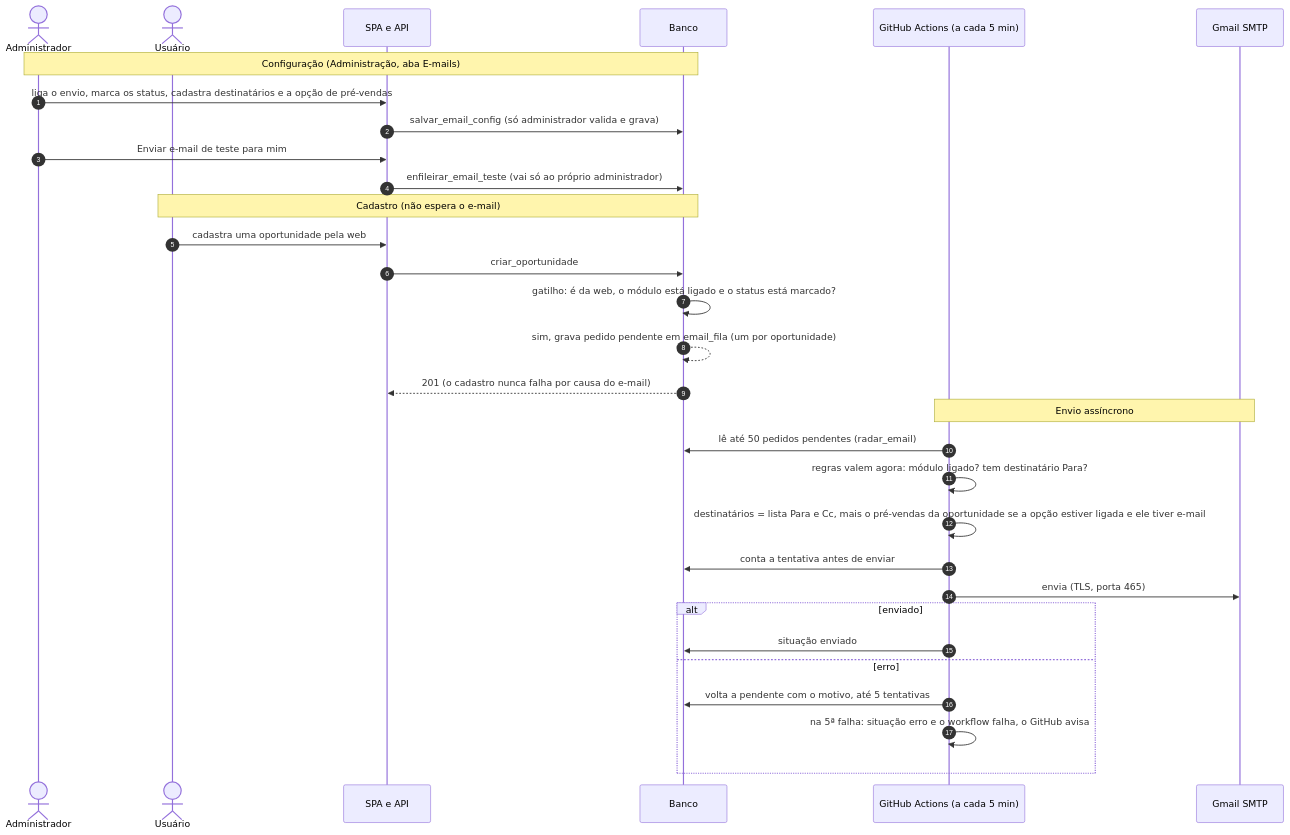
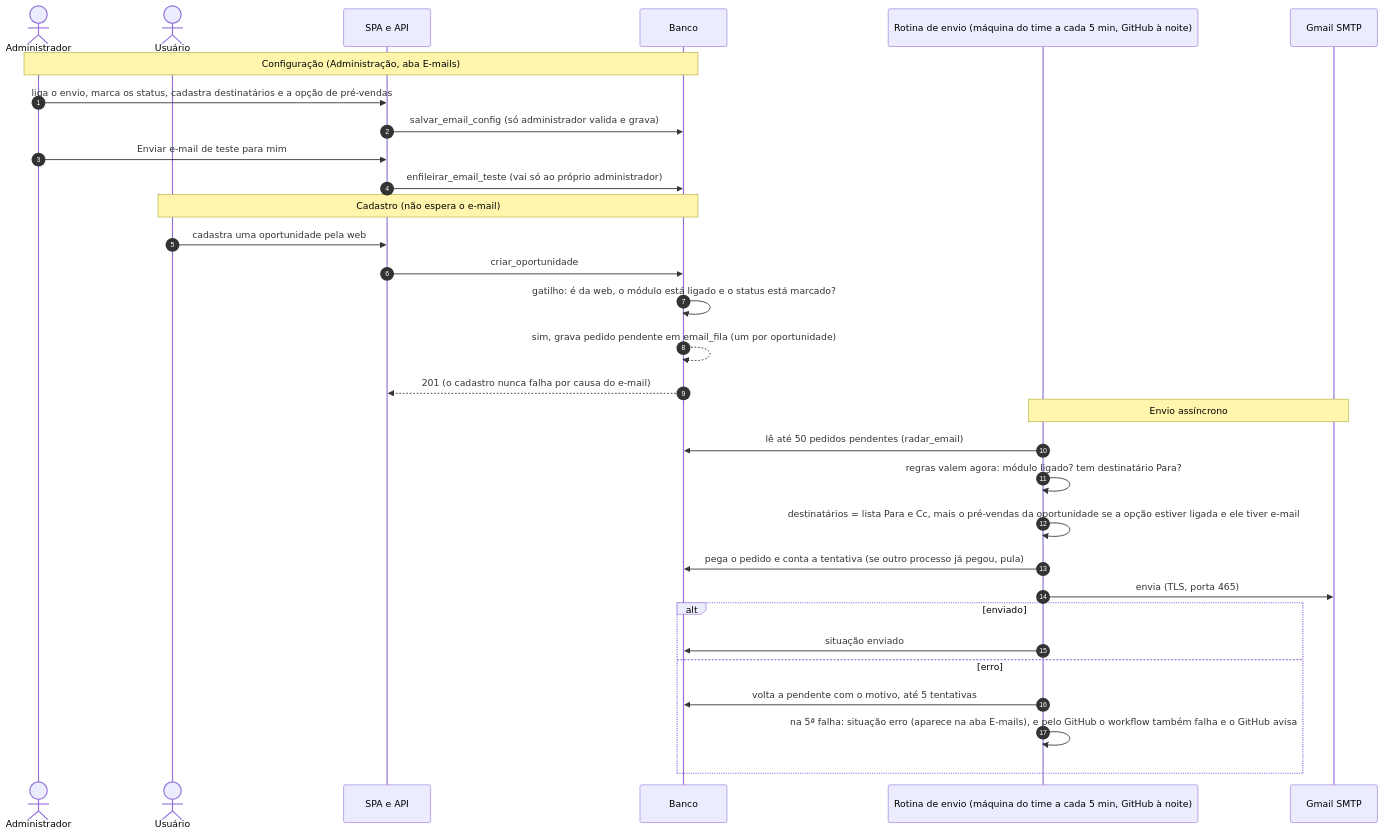
One commit to agentanalisedegoverno-svg/dashboard-metrics-team changed diagram 16 of 22 in docs/DIAGRAMAS.md. Above: the diagram before and after it, drawn with Mermaid. The commit also changed other lines of this file and 15 other files, not shown here.

First line of the commit message:
feat: ciclo do Planner de 5 em 5 minutos e e-mail na mesma rotina da máquina

````diff
--- a/docs/DIAGRAMAS.md
+++ b/docs/DIAGRAMAS.md
@@ -618,36 +620,36 @@
 ```mermaid
 sequenceDiagram
   autonumber
   actor ADM as Administrador
   actor U as Usuário
   participant S as SPA e API
   participant DB as Banco
-  participant GA as GitHub Actions (a cada 5 min)
+  participant GA as Rotina de envio (máquina do time a cada 5 min, GitHub à noite)
   participant SMTP as Gmail SMTP
 
   Note over ADM,DB: Configuração (Administração, aba E-mails)
   ADM->>S: liga o envio, marca os status, cadastra destinatários e a opção de pré-vendas
   S->>DB: salvar_email_config (só administrador valida e grava)
   ADM->>S: Enviar e-mail de teste para mim
   S->>DB: enfileirar_email_teste (vai só ao próprio administrador)
 
   Note over U,DB: Cadastro (não espera o e-mail)
   U->>S: cadastra uma oportunidade pela web
   S->>DB: criar_oportunidade
   DB->>DB: gatilho: é da web, o módulo está ligado e o status está marcado?
   DB-->>DB: sim, grava pedido pendente em email_fila (um por oportunidade)
   DB-->>S: 201 (o cadastro nunca falha por causa do e-mail)
 
   Note over GA,SMTP: Envio assíncrono
   GA->>DB: lê até 50 pedidos pendentes (radar_email)
   GA->>GA: regras valem agora: módulo ligado? tem destinatário Para?
   GA->>GA: destinatários = lista Para e Cc, mais o pré-vendas da oportunidade se a opção estiver ligada e ele tiver e-mail
-  GA->>DB: conta a tentativa antes de enviar
+  GA->>DB: pega o pedido e conta a tentativa (se outro processo já pegou, pula)
   GA->>SMTP: envia (TLS, porta 465)
   alt enviado
     GA->>DB: situação enviado
   else erro
     GA->>DB: volta a pendente com o motivo, até 5 tentativas
-    GA->>GA: na 5ª falha: situação erro e o workflow falha, o GitHub avisa
+    GA->>GA: na 5ª falha: situação erro (aparece na aba E-mails), e pelo GitHub o workflow também falha e o GitHub avisa
   end
 ```
````
